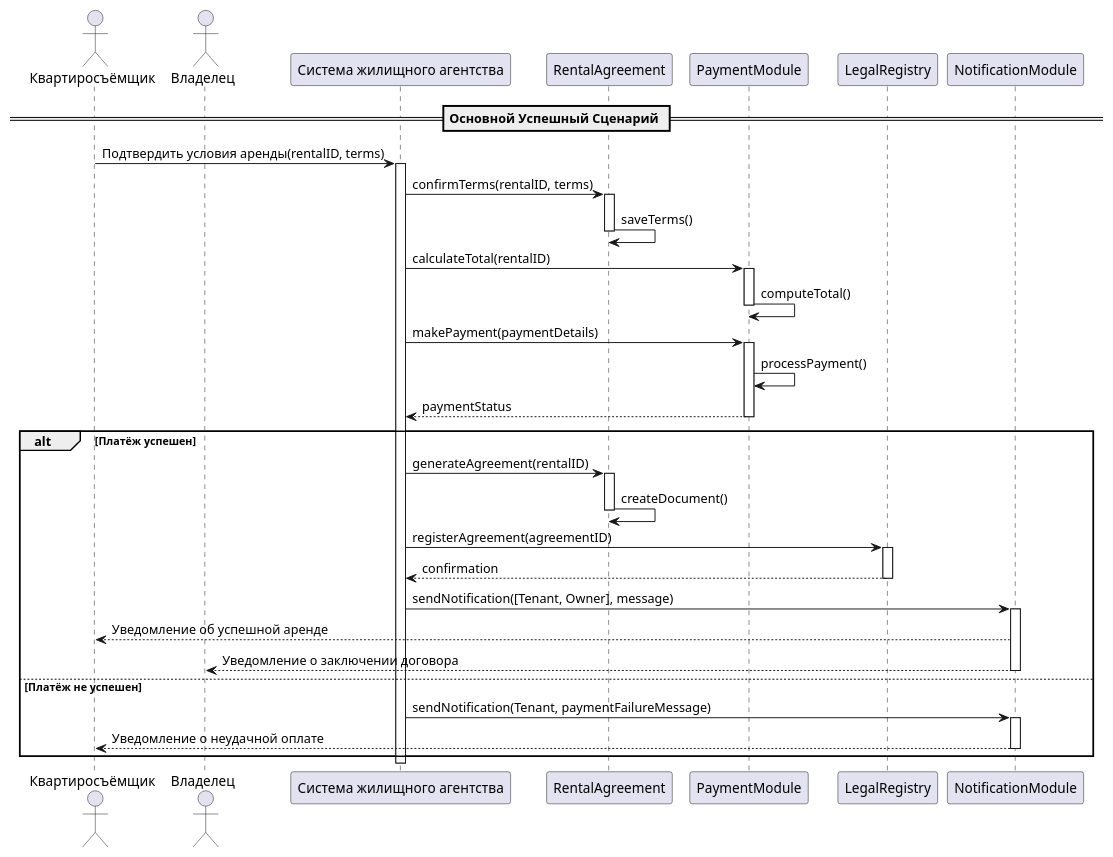
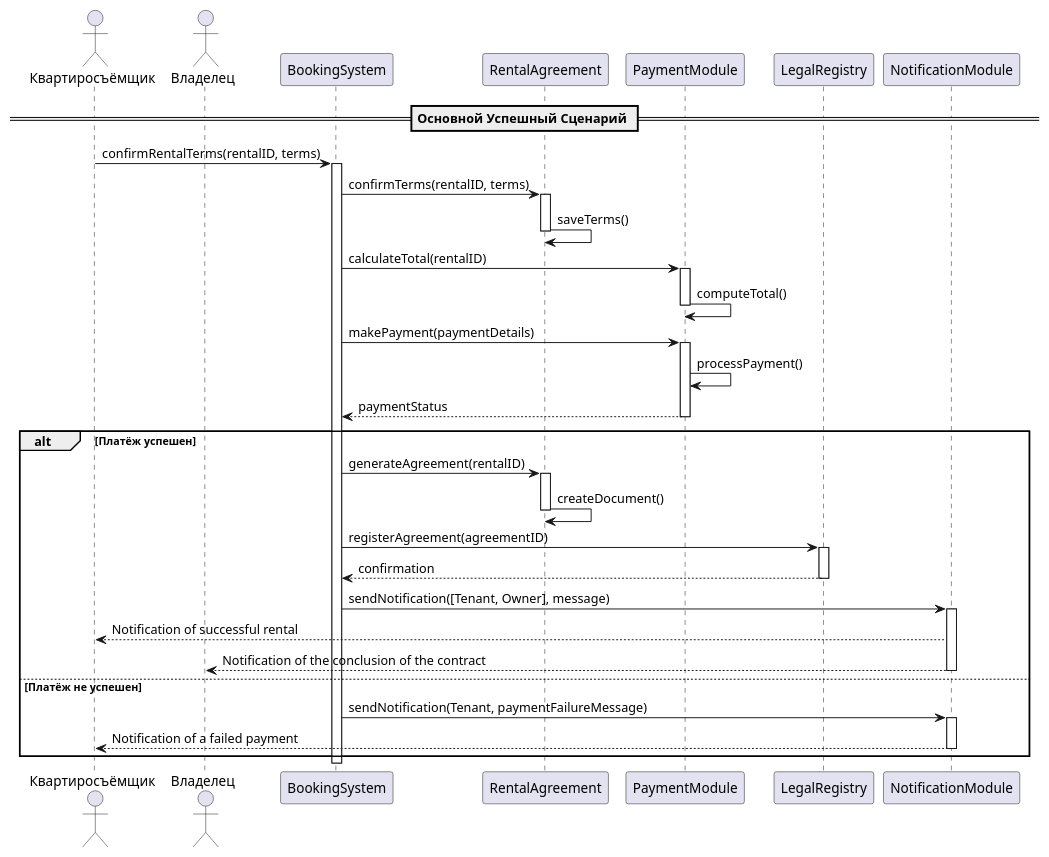
One commit to penamarth/bsbo-01-22_team4_var8 changed the diagram in precedents/PaymentandRent/SequenceDiagram.md. Above: the diagram before and after it, drawn with PlantUML.

Commit message:
Translate russian text in scenarios to english

````diff
--- a/precedents/PaymentandRent/SequenceDiagram.md
+++ b/precedents/PaymentandRent/SequenceDiagram.md
@@ -1,60 +1,60 @@
 ```plantuml
 @startuml
 
 actor "Квартиросъёмщик" as Tenant
 actor "Владелец" as Owner
 
-participant "Система жилищного агентства" as System
+participant "BookingSystem" as System
 participant "RentalAgreement" as Agreement
 participant "PaymentModule" as Payment
 participant "LegalRegistry" as LegalRegistry
 participant "NotificationModule" as Notifier
 
 == Основной Успешный Сценарий ==
 
-Tenant -> System : Подтвердить условия аренды(rentalID, terms)
+Tenant -> System : confirmRentalTerms(rentalID, terms)
 activate System
 
 System -> Agreement : confirmTerms(rentalID, terms)
 activate Agreement
 Agreement -> Agreement : saveTerms()
 deactivate Agreement
 
 System -> Payment : calculateTotal(rentalID)
 activate Payment
 Payment -> Payment : computeTotal()
 deactivate Payment
 
 System -> Payment : makePayment(paymentDetails)
 activate Payment
 Payment -> Payment : processPayment()
 Payment --> System : paymentStatus
 deactivate Payment
 
 alt Платёж успешен
     System -> Agreement : generateAgreement(rentalID)
     activate Agreement
     Agreement -> Agreement : createDocument()
     deactivate Agreement
 
     System -> LegalRegistry : registerAgreement(agreementID)
     activate LegalRegistry
     LegalRegistry --> System : confirmation
     deactivate LegalRegistry
 
     System -> Notifier : sendNotification([Tenant, Owner], message)
     activate Notifier
-    Notifier --> Tenant : Уведомление об успешной аренде
-    Notifier --> Owner : Уведомление о заключении договора
+    Notifier --> Tenant : Notification of successful rental
+    Notifier --> Owner : Notification of the conclusion of the contract
     deactivate Notifier
 else Платёж не успешен
     System -> Notifier : sendNotification(Tenant, paymentFailureMessage)
     activate Notifier
-    Notifier --> Tenant : Уведомление о неудачной оплате
+    Notifier --> Tenant : Notification of a failed payment
     deactivate Notifier
 end
 
 deactivate System
 
 @enduml
 ```
````
